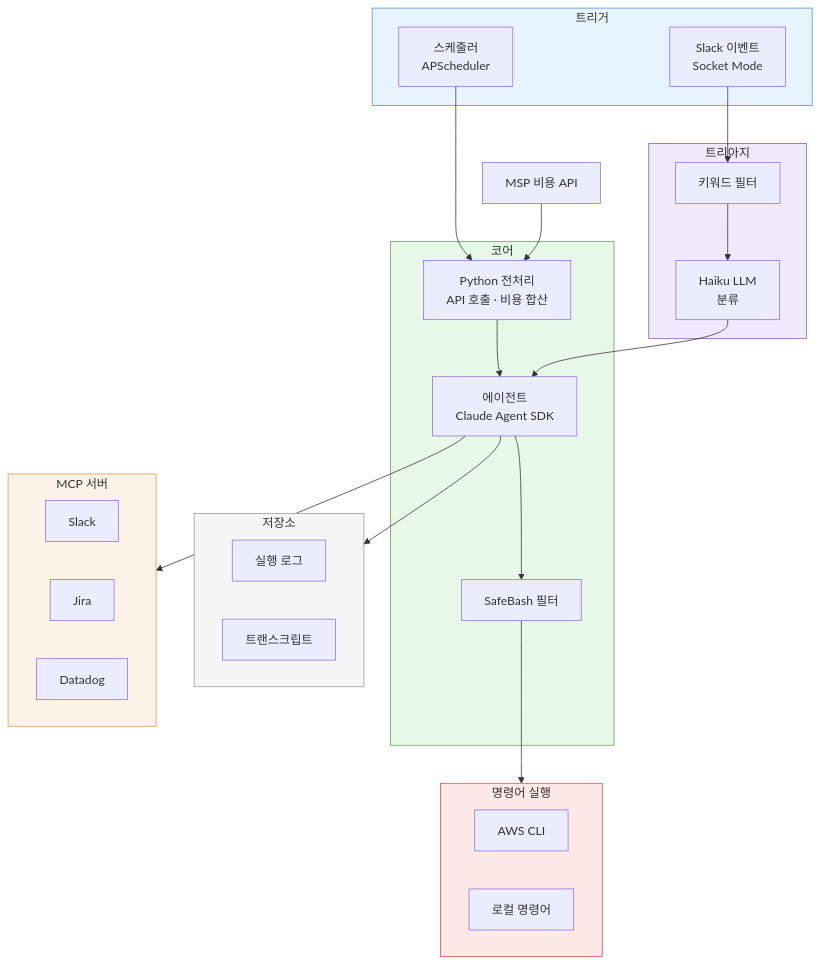
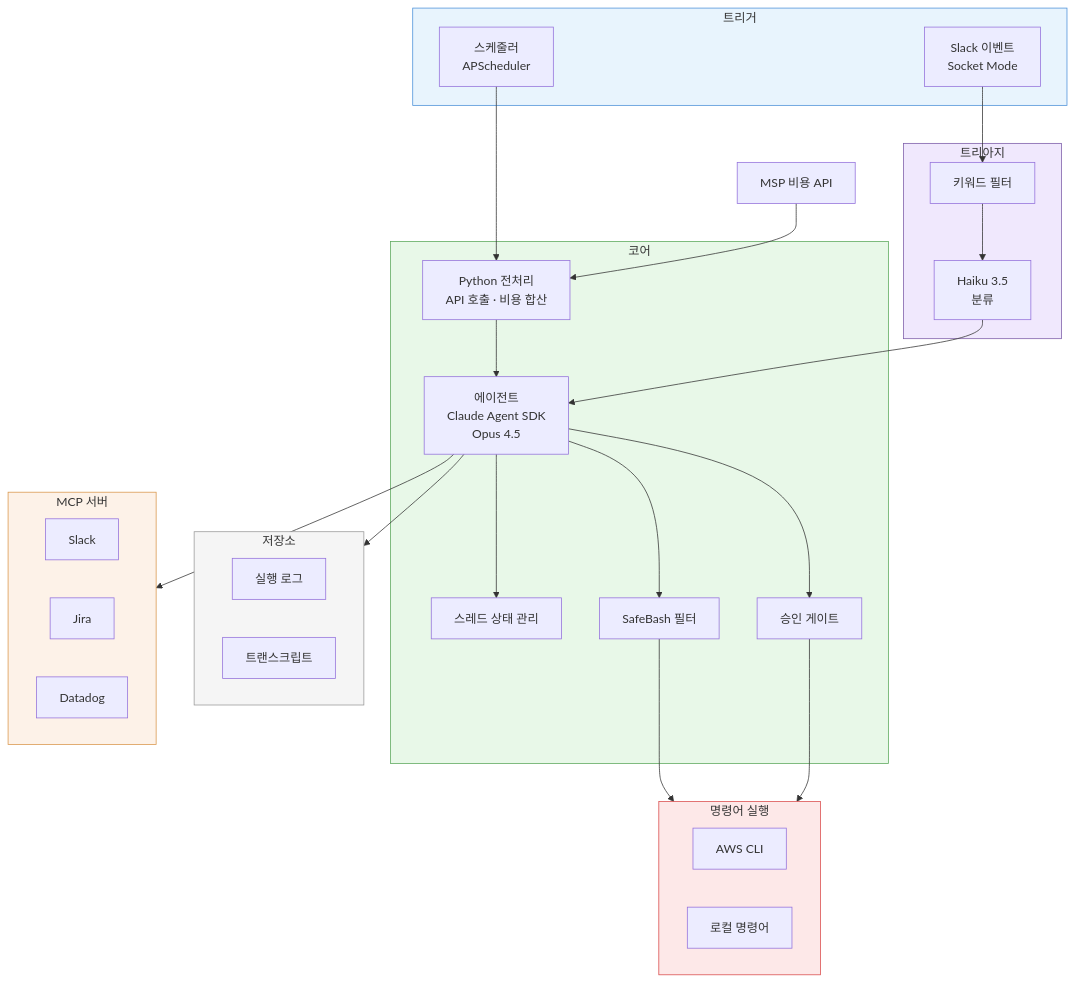
One commit to kimduksoo/duksoo-tech-blog changed the diagram in content/ai/ai-infra-automation.md. Above: the diagram before and after it, drawn with Mermaid.

Commit message:
승인 게이트, 스레드 상태 관리, LLM 버전 추가

````diff
--- a/content/ai/ai-infra-automation.md
+++ b/content/ai/ai-infra-automation.md
@@ -26,48 +26,52 @@
 ```mermaid
 flowchart TB
     subgraph 트리거
         Cron[스케줄러<br/>APScheduler]
         Event[Slack 이벤트<br/>Socket Mode]
     end
 
     subgraph 트리아지
         KW[키워드 필터]
-        Haiku[Haiku LLM<br/>분류]
+        Haiku[Haiku 3.5<br/>분류]
     end
 
     subgraph 코어
         Pre[Python 전처리<br/>API 호출 · 비용 합산]
-        Agent[에이전트<br/>Claude Agent SDK]
+        ThreadState[스레드 상태 관리]
+        Agent[에이전트<br/>Claude Agent SDK<br/>Opus 4.5]
         Safe[SafeBash 필터]
+        Approval[승인 게이트]
     end
 
     subgraph 저장소
         Log[실행 로그]
         Transcript[트랜스크립트]
     end
 
     subgraph MCP[MCP 서버]
         S[Slack]
         J[Jira]
         D[Datadog]
     end
 
     subgraph CLI[명령어 실행]
         AWS[AWS CLI]
         Local[로컬 명령어]
     end
 
     Cron --> Pre --> Agent
     Event --> KW --> Haiku --> Agent
     MSP[MSP 비용 API] --> Pre
     Agent --> Safe --> CLI
+    Agent --> Approval --> CLI
     Agent --> MCP
+    Agent --> ThreadState
     Agent --> 저장소
 
     style 트리거 fill:#e8f4fd,stroke:#4a90d9
     style 트리아지 fill:#f0e8fd,stroke:#7b5ba8
     style 코어 fill:#e8f8e8,stroke:#5ba85b
     style MCP fill:#fdf2e8,stroke:#d9964a
     style CLI fill:#fde8e8,stroke:#d94a4a
     style 저장소 fill:#f5f5f5,stroke:#999999
 ```
````
